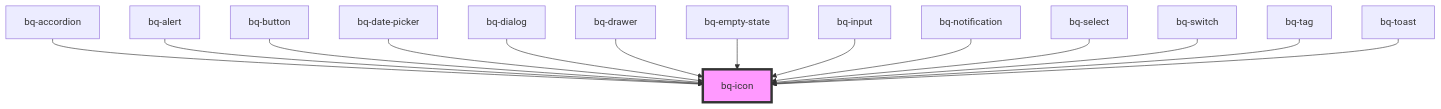
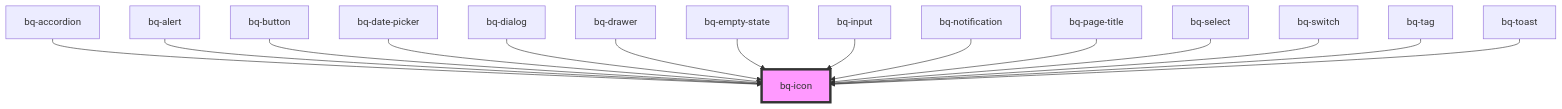
Before and after one commit to Endava/BEEQ: the diagram in packages/beeq/src/components/icon/readme.md, drawn with Mermaid. The commit also changed other lines of this file and 5 other files, not shown here.

````diff
--- a/packages/beeq/src/components/icon/readme.md
+++ b/packages/beeq/src/components/icon/readme.md
@@ -56,17 +57,18 @@
 ```mermaid
 graph TD;
   bq-accordion --> bq-icon
   bq-alert --> bq-icon
   bq-button --> bq-icon
   bq-date-picker --> bq-icon
   bq-dialog --> bq-icon
   bq-drawer --> bq-icon
   bq-empty-state --> bq-icon
   bq-input --> bq-icon
   bq-notification --> bq-icon
+  bq-page-title --> bq-icon
   bq-select --> bq-icon
   bq-switch --> bq-icon
   bq-tag --> bq-icon
   bq-toast --> bq-icon
   style bq-icon fill:#f9f,stroke:#333,stroke-width:4px
 ```
````
